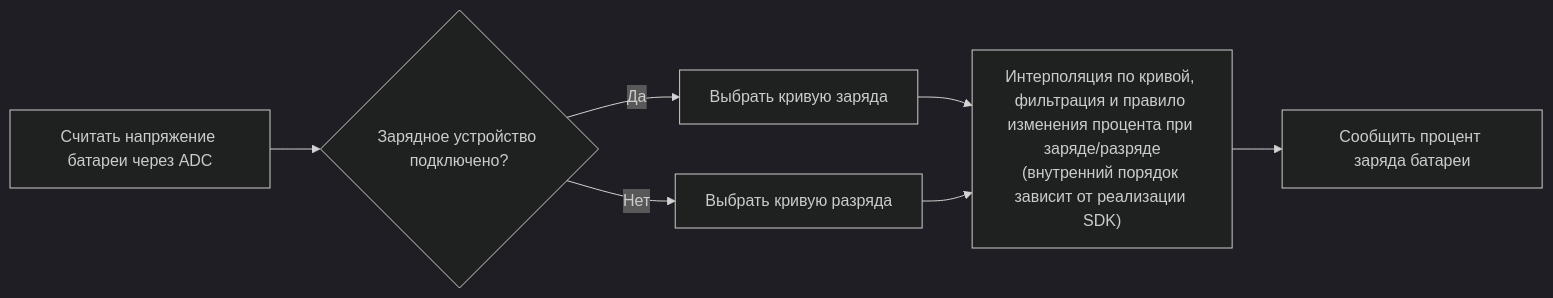
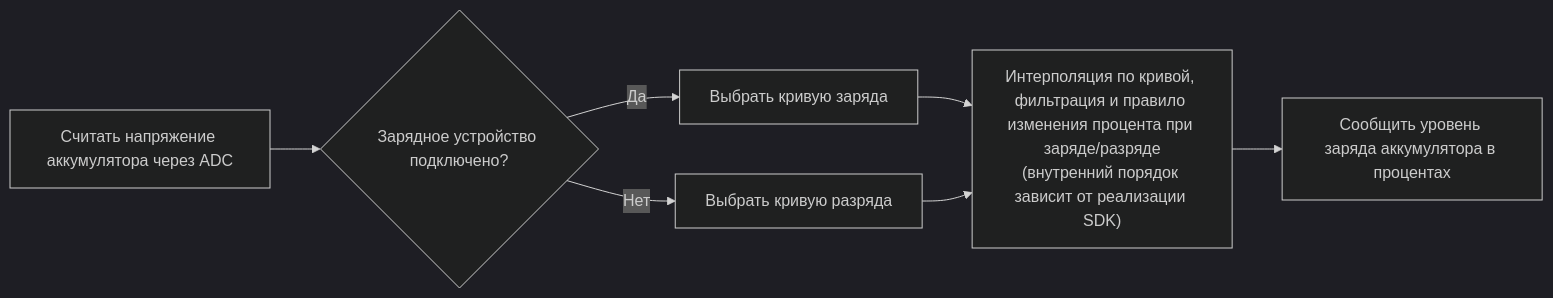
Before and after one commit to uForge-io/uforge-site: the diagram in docs_ru/learn/low-power/battery-capacity-calculation.md, drawn with Mermaid (dark theme). The commit also changed other lines of this file and 1299 other files, not shown here.

````diff
--- a/docs_ru/learn/low-power/battery-capacity-calculation.md
+++ b/docs_ru/learn/low-power/battery-capacity-calculation.md
@@ -34,9 +34,9 @@
 ```mermaid
 flowchart LR
-    A["Считать напряжение батареи через ADC"] --> B{"Зарядное устройство подключено?"}
+    A["Считать напряжение аккумулятора через ADC"] --> B{"Зарядное устройство подключено?"}
     B -->|"Да"| C["Выбрать кривую заряда"]
     B -->|"Нет"| D["Выбрать кривую разряда"]
     C --> F["Интерполяция по кривой, фильтрация и правило изменения процента при заряде/разряде<br/>(внутренний порядок зависит от реализации SDK)"]
     D --> F
-    F --> G["Сообщить процент заряда батареи"]
+    F --> G["Сообщить уровень заряда аккумулятора в процентах"]
 ```
````
